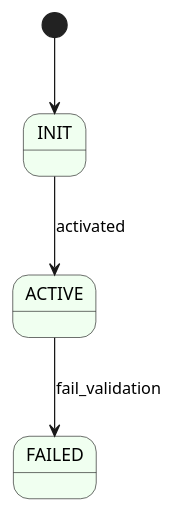
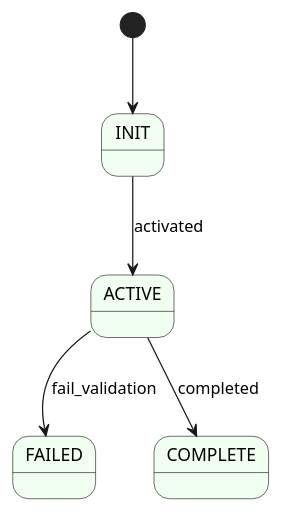
Before and after one commit to ONSdigital/rm-sample-service: the diagram in diagrams/sample-summary-state.puml, drawn with PlantUML. The commit also changed 7 other files, not shown here.

```diff
--- a/diagrams/sample-summary-state.puml
+++ b/diagrams/sample-summary-state.puml
@@ -1,9 +1,10 @@
 @startuml
 skinparam state {
     BackgroundColor HoneyDew
 }
 
 [*] --> INIT
 INIT --> ACTIVE : activated
 ACTIVE --> FAILED : fail_validation
+ACTIVE --> COMPLETE : completed
 @enduml
```
